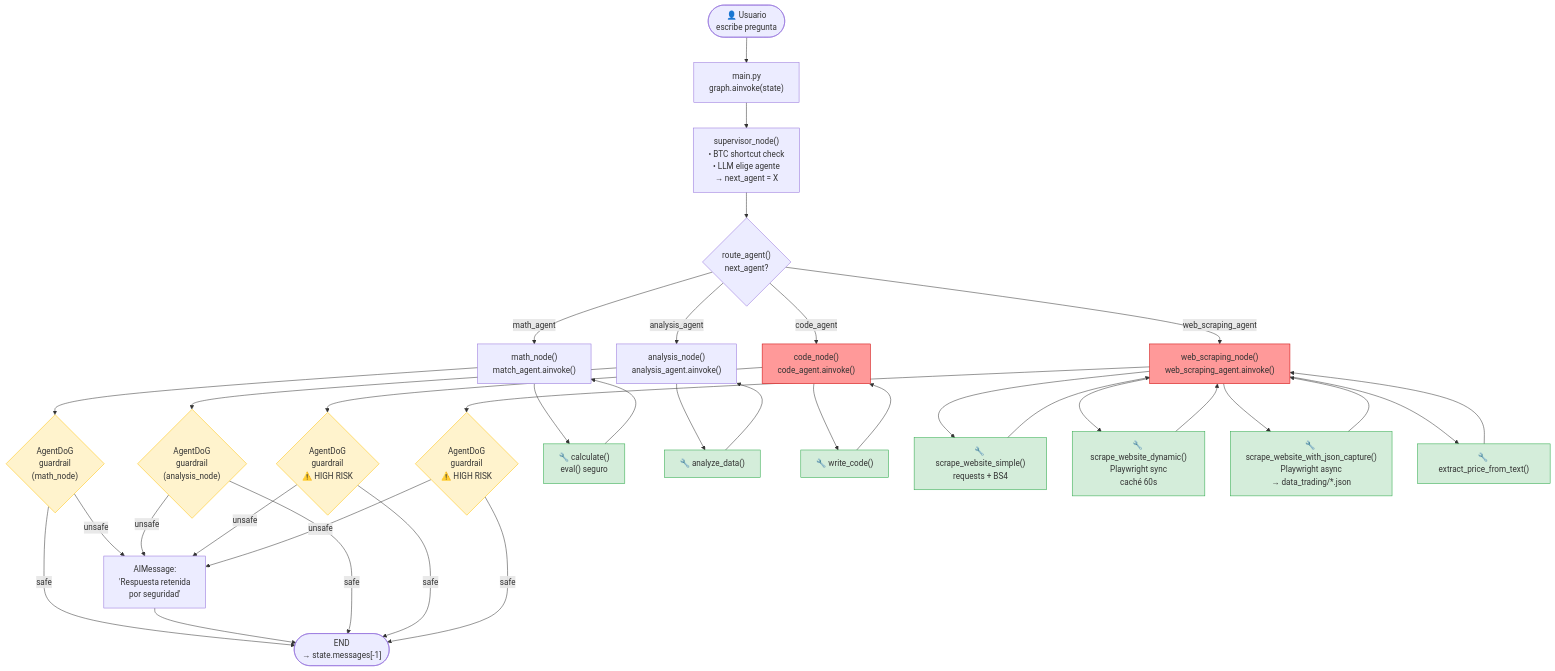
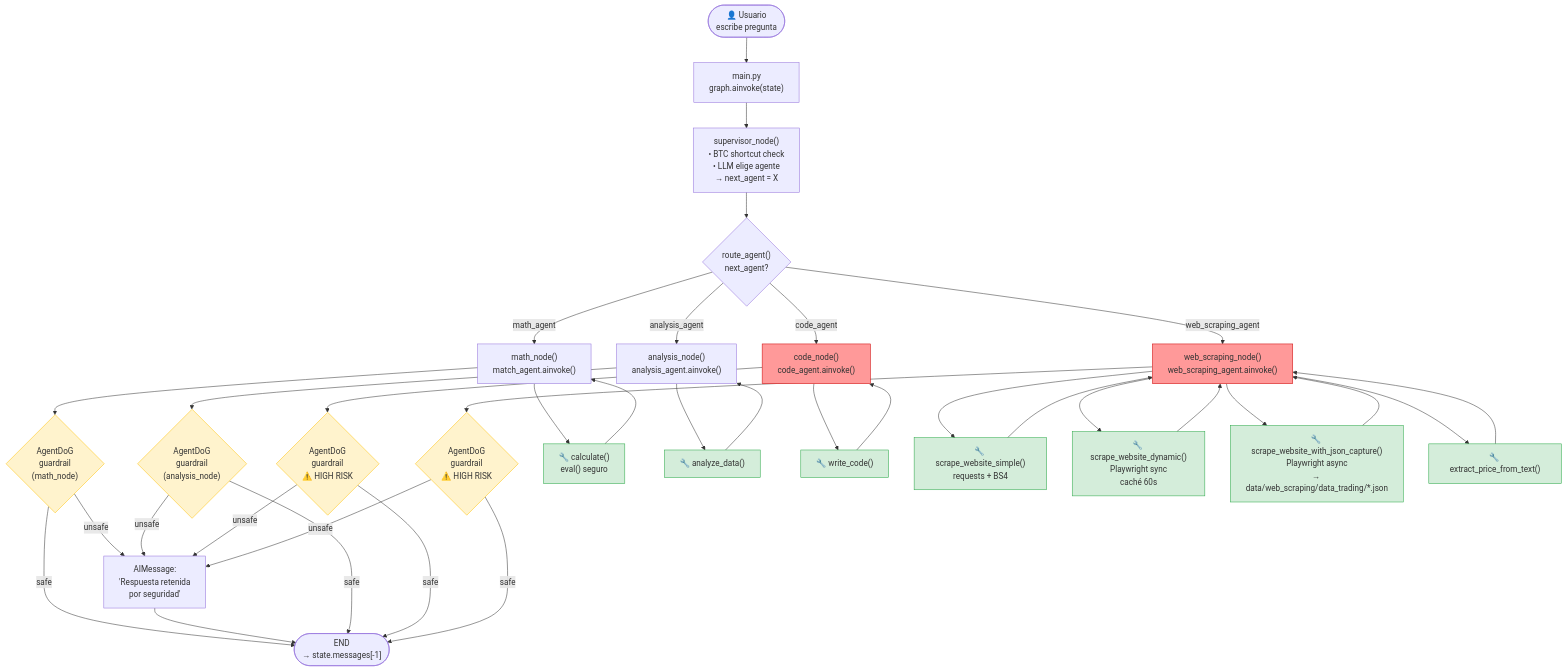
Before and after one commit to Luis-Leonidas-Fernandez/multi-agents-system-design: the diagram in docs/DIAGRAMA_EJECUCION.md, drawn with Mermaid. The commit also changed other lines of this file and 310 other files, not shown here.

````diff
--- a/docs/DIAGRAMA_EJECUCION.md
+++ b/docs/DIAGRAMA_EJECUCION.md
@@ -3,63 +3,63 @@
 ```mermaid
 flowchart TD
     USER(["👤 Usuario\nescribe pregunta"])
     REPL["main.py\ngraph.ainvoke(state)"]
     SUP["supervisor_node()\n• BTC shortcut check\n• LLM elige agente\n→ next_agent = X"]
     ROUTER{"route_agent()\nnext_agent?"}
 
     MATH_N["math_node()\nmatch_agent.ainvoke()"]
     ANA_N["analysis_node()\nanalysis_agent.ainvoke()"]
     CODE_N["code_node()\ncode_agent.ainvoke()"]
     WEB_N["web_scraping_node()\nweb_scraping_agent.ainvoke()"]
 
     GUARD_M{"AgentDoG\nguardrail\n(math_node)"}
     GUARD_A{"AgentDoG\nguardrail\n(analysis_node)"}
     GUARD_C{"AgentDoG\nguardrail\n⚠️ HIGH RISK"}
     GUARD_W{"AgentDoG\nguardrail\n⚠️ HIGH RISK"}
 
     BLOCKED["AIMessage:\n'Respuesta retenida\npor seguridad'"]
     END_NODE(["END\n→ state.messages[-1]"])
 
     %% Tools
     CALC["🔧 calculate()\neval() seguro"]
     ANALYZE["🔧 analyze_data()"]
     WRITECODE["🔧 write_code()"]
     SCRAPE_S["🔧 scrape_website_simple()\nrequests + BS4"]
     SCRAPE_D["🔧 scrape_website_dynamic()\nPlaywright sync\ncaché 60s"]
-    SCRAPE_J["🔧 scrape_website_with_json_capture()\nPlaywright async\n→ data_trading/*.json"]
+    SCRAPE_J["🔧 scrape_website_with_json_capture()\nPlaywright async\n→ data/web_scraping/data_trading/*.json"]
     EXTRACT_P["🔧 extract_price_from_text()"]
 
     USER --> REPL --> SUP --> ROUTER
 
     ROUTER -->|math_agent| MATH_N
     ROUTER -->|analysis_agent| ANA_N
     ROUTER -->|code_agent| CODE_N
     ROUTER -->|web_scraping_agent| WEB_N
 
     MATH_N --> CALC --> MATH_N
     MATH_N --> GUARD_M
     GUARD_M -->|safe| END_NODE
     GUARD_M -->|unsafe| BLOCKED --> END_NODE
 
     ANA_N --> ANALYZE --> ANA_N
     ANA_N --> GUARD_A
     GUARD_A -->|safe| END_NODE
     GUARD_A -->|unsafe| BLOCKED
 
     CODE_N --> WRITECODE --> CODE_N
     CODE_N --> GUARD_C
     GUARD_C -->|safe| END_NODE
     GUARD_C -->|unsafe| BLOCKED
 
     WEB_N --> SCRAPE_S & SCRAPE_D & SCRAPE_J & EXTRACT_P --> WEB_N
     WEB_N --> GUARD_W
     GUARD_W -->|safe| END_NODE
     GUARD_W -->|unsafe| BLOCKED
 
     classDef highRisk fill:#ff9999,stroke:#cc0000
     classDef tool fill:#d4edda,stroke:#28a745
     classDef guard fill:#fff3cd,stroke:#ffc107
     class CODE_N,WEB_N highRisk
     class CALC,ANALYZE,WRITECODE,SCRAPE_S,SCRAPE_D,SCRAPE_J,EXTRACT_P tool
     class GUARD_M,GUARD_A,GUARD_C,GUARD_W guard
 ```
````
